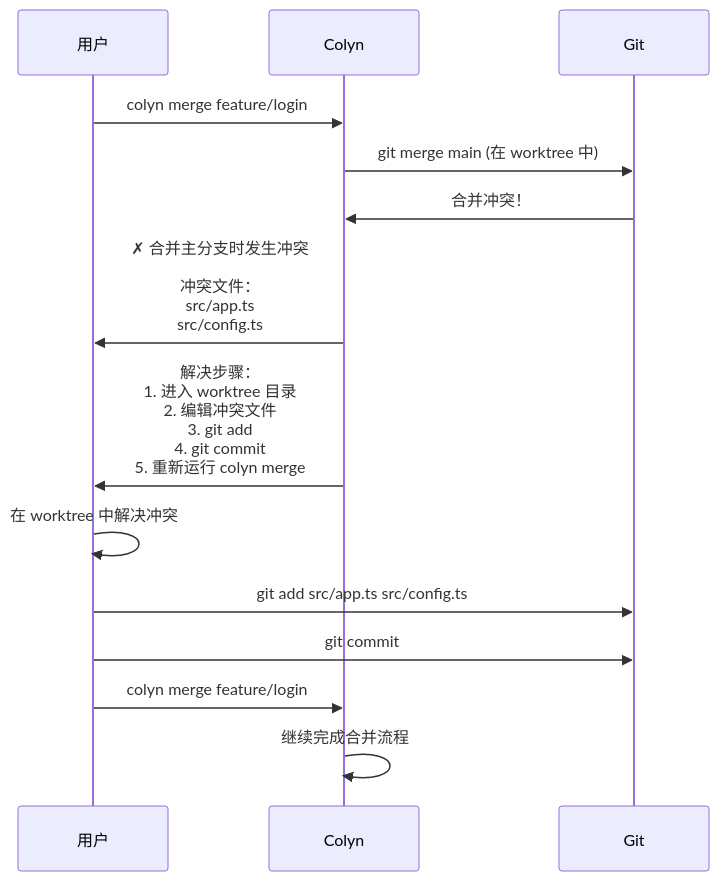
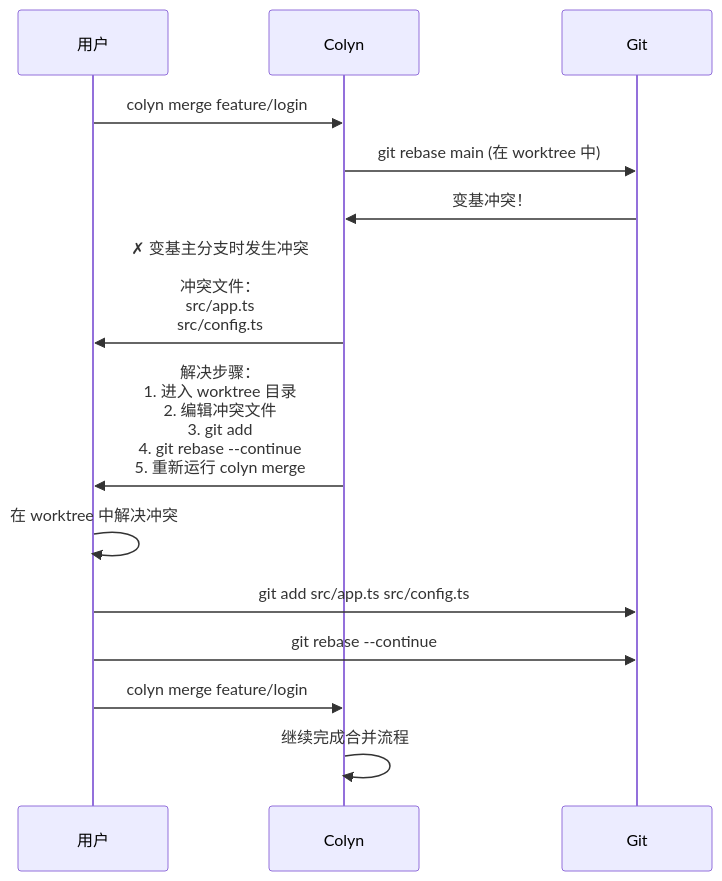
The second of 6 diagrams in docs/design-merge-command.md (colin-han/colyn), drawn with Mermaid before and after one commit. The commit also changed other lines of this file and 5 other files, not shown here.

````diff
--- a/docs/design-merge-command.md
+++ b/docs/design-merge-command.md
@@ -161,19 +162,19 @@
 ```mermaid
 sequenceDiagram
     participant U as 用户
     participant C as Colyn
     participant G as Git
 
     U->>C: colyn merge feature/login
-    C->>G: git merge main (在 worktree 中)
-    G->>C: 合并冲突！
+    C->>G: git rebase main (在 worktree 中)
+    G->>C: 变基冲突！
 
-    C->>U: ✗ 合并主分支时发生冲突<br/><br/>冲突文件：<br/>  src/app.ts<br/>  src/config.ts
-    C->>U: 解决步骤：<br/>1. 进入 worktree 目录<br/>2. 编辑冲突文件<br/>3. git add<br/>4. git commit<br/>5. 重新运行 colyn merge
+    C->>U: ✗ 变基主分支时发生冲突<br/><br/>冲突文件：<br/>  src/app.ts<br/>  src/config.ts
+    C->>U: 解决步骤：<br/>1. 进入 worktree 目录<br/>2. 编辑冲突文件<br/>3. git add<br/>4. git rebase --continue<br/>5. 重新运行 colyn merge
 
     U->>U: 在 worktree 中解决冲突
     U->>G: git add src/app.ts src/config.ts
-    U->>G: git commit
+    U->>G: git rebase --continue
     U->>C: colyn merge feature/login
     C->>C: 继续完成合并流程
 ```
````
